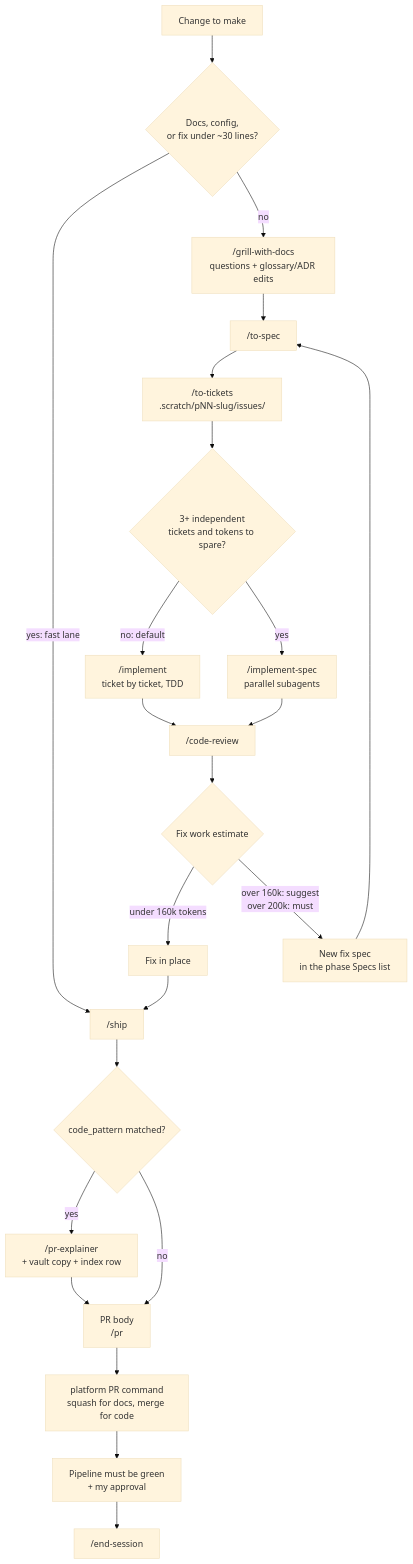
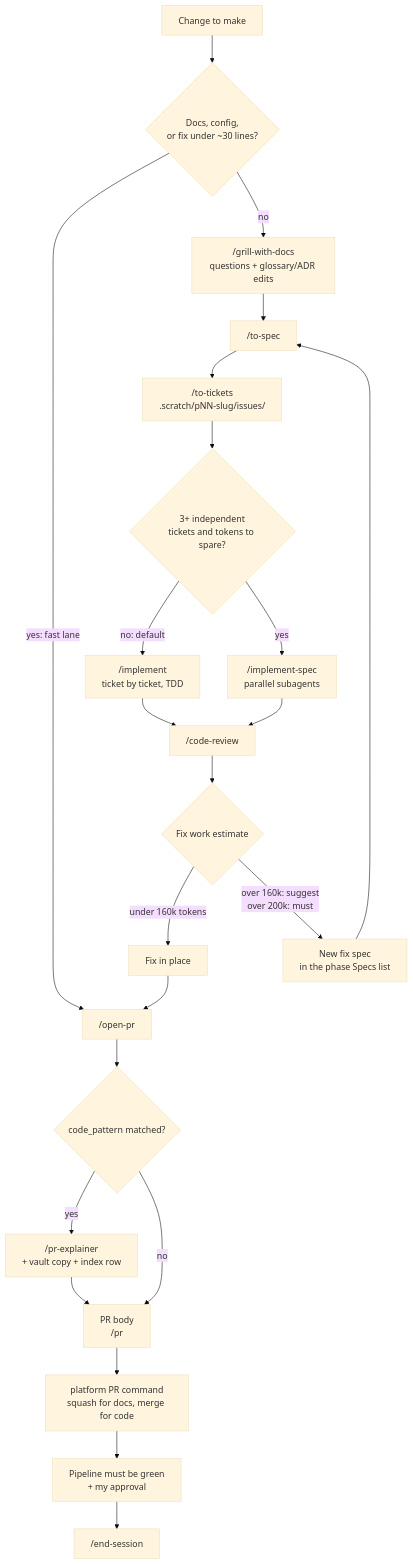
Before and after one commit to charlie-callister-01/Workflow: the third of 5 diagrams in notes/workflow-guide.md, drawn with Mermaid (base theme). The commit also changed other lines of this file and 26 other files, not shown here.

First line of the commit message:
fix(skills): rename ship to open-pr so Claude Code's built-in /ship stops running instead

````diff
--- a/notes/workflow-guide.md
+++ b/notes/workflow-guide.md
@@ -80,25 +80,25 @@
 ```mermaid
 flowchart TD
   IDEA["Change to make"] --> SIZE{"Docs, config,<br/>or fix under ~30 lines?"}
   SIZE -->|yes: fast lane| SHIP
   SIZE -->|no| GRILL["/grill-with-docs<br/>questions + glossary/ADR edits"]
   GRILL --> SPEC["/to-spec"]
   SPEC --> TIX["/to-tickets<br/>.scratch/pNN-slug/issues/"]
   TIX --> HOW{"3+ independent<br/>tickets and tokens to spare?"}
   HOW -->|no: default| IMP["/implement<br/>ticket by ticket, TDD"]
   HOW -->|yes| IMPS["/implement-spec<br/>parallel subagents"]
   IMP --> REV["/code-review"]
   IMPS --> REV
   REV --> EST{"Fix work estimate"}
   EST -->|"under 160k tokens"| FIX["Fix in place"]
   EST -->|"over 160k: suggest<br/>over 200k: must"| FIXSPEC["New fix spec<br/>in the phase Specs list"]
   FIXSPEC --> SPEC
-  FIX --> SHIP["/ship"]
+  FIX --> SHIP["/open-pr"]
   SHIP --> CODE{"code_pattern matched?"}
   CODE -->|yes| EXP["/pr-explainer<br/>+ vault copy + index row"]
   CODE -->|no| BODY
   EXP --> BODY["PR body<br/>/pr"]
   BODY --> NEWPR["platform PR command<br/>squash for docs, merge for code"]
   NEWPR --> PIPE["Pipeline must be green<br/>+ my approval"]
   PIPE --> END["/end-session"]
 ```
````
